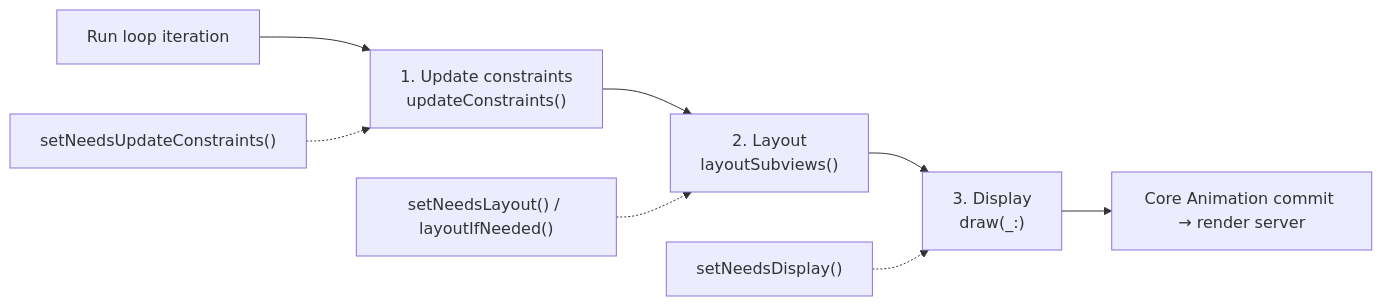
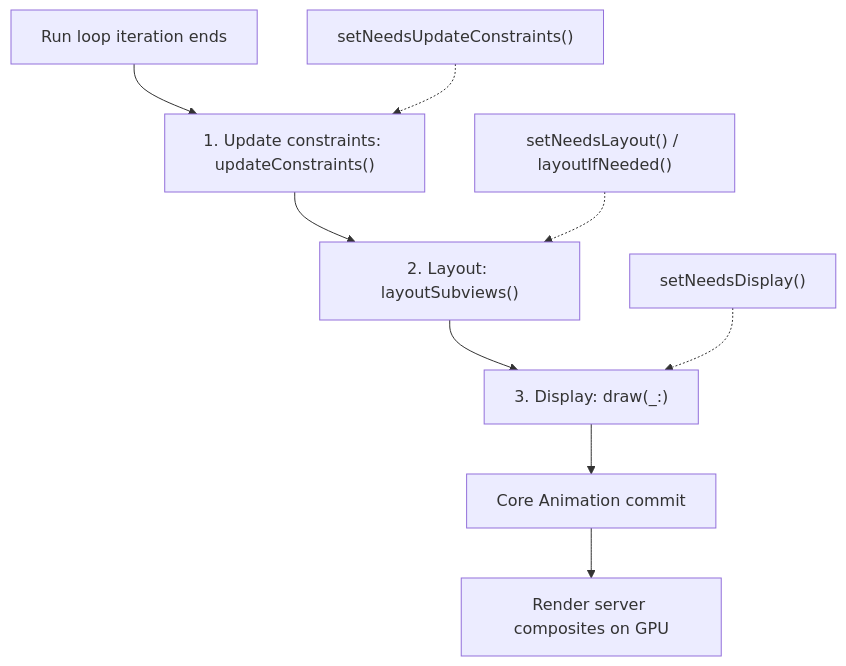
One commit to AkshayAshokCode/iOS-Interview-Questions-and-Answers changed the second of 6 diagrams in topics/09-uikit.md. Above: the diagram before and after it, drawn with Mermaid. The commit also changed other lines of this file and 18 other files, not shown here.

````diff
--- a/topics/09-uikit.md
+++ b/topics/09-uikit.md
@@ -107,10 +315,11 @@
 ```mermaid
-flowchart LR
-    E["Run loop iteration"] --> UC["1. Update constraints<br/>updateConstraints()"]
-    UC --> L["2. Layout<br/>layoutSubviews()"]
-    L --> D["3. Display<br/>draw(_:)"]
-    D --> CA["Core Animation commit → render server"]
+flowchart TD
+    E["Run loop iteration ends"] --> UC["1. Update constraints: updateConstraints()"]
+    UC --> L["2. Layout: layoutSubviews()"]
+    L --> D["3. Display: draw(_:)"]
+    D --> CA["Core Animation commit"]
+    CA --> RS["Render server composites on GPU"]
     SNC["setNeedsUpdateConstraints()"] -.-> UC
     SNL["setNeedsLayout() / layoutIfNeeded()"] -.-> L
     SND["setNeedsDisplay()"] -.-> D
 ```
````
